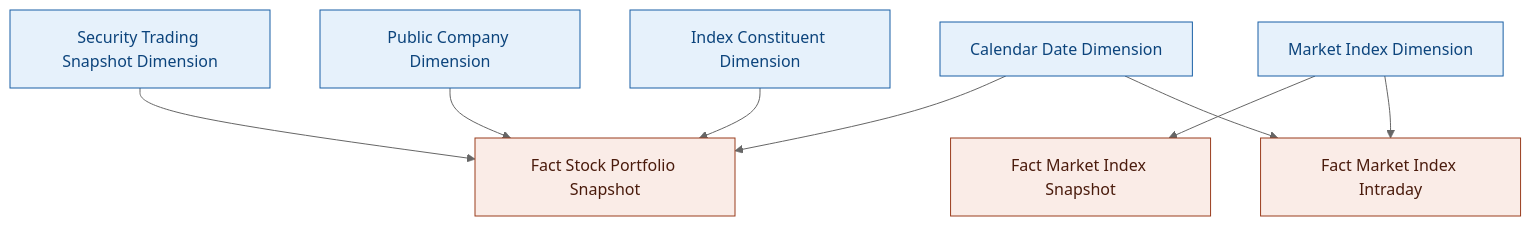
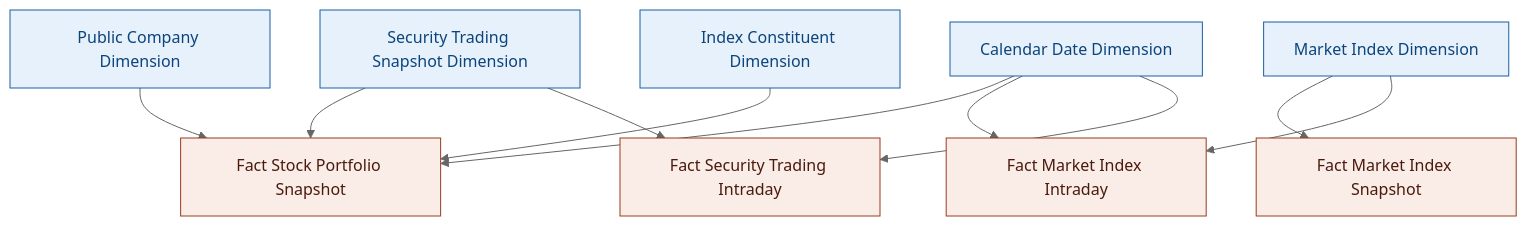
Diagram 58 of 58 in Datamart/hld/DTM_GSTT_HLD.md (linhlvit/ubck_atomic_design), drawn with Mermaid (neutral theme) before and after one commit. The commit also changed other lines of this file and 9 other files, not shown here.

Commit message:
GSTT: bo sung Fact Security Trading Intraday (TRADINGTIME), cap nhat HLD Nhom 44 va flat table (2026-08-26)

````diff
--- a/Datamart/hld/DTM_GSTT_HLD.md
+++ b/Datamart/hld/DTM_GSTT_HLD.md
@@ -2909,23 +2974,26 @@
 ```mermaid
 graph TB
     classDef dim fill:#E6F1FB,stroke:#185FA5,color:#0C447C
     classDef fact fill:#FAECE7,stroke:#993C1D,color:#4A1B0C
     classDef oper fill:#E8F5E9,stroke:#2E7D32,color:#1B5E20
 
     ScrTdgSnpstDim["Security Trading Snapshot Dimension"]:::dim
     PblcCoDim["Public Company Dimension"]:::dim
     CdrDtDim["Calendar Date Dimension"]:::dim
     IndexConstituentDim["Index Constituent Dimension"]:::dim
     MarketIndexDim["Market Index Dimension"]:::dim
     FctStockPortfolioSnpst["Fact Stock Portfolio Snapshot"]:::fact
     FctMarketIndexSnpst["Fact Market Index Snapshot"]:::fact
     FctMarketIndexIntraday["Fact Market Index Intraday"]:::fact
+    FctScrTdgIntraday["Fact Security Trading Intraday"]:::fact
 
     ScrTdgSnpstDim --> FctStockPortfolioSnpst
     PblcCoDim --> FctStockPortfolioSnpst
     CdrDtDim --> FctStockPortfolioSnpst
     IndexConstituentDim --> FctStockPortfolioSnpst
     MarketIndexDim --> FctMarketIndexSnpst
     MarketIndexDim --> FctMarketIndexIntraday
     CdrDtDim --> FctMarketIndexIntraday
+    ScrTdgSnpstDim --> FctScrTdgIntraday
+    CdrDtDim --> FctScrTdgIntraday
 ```
````
